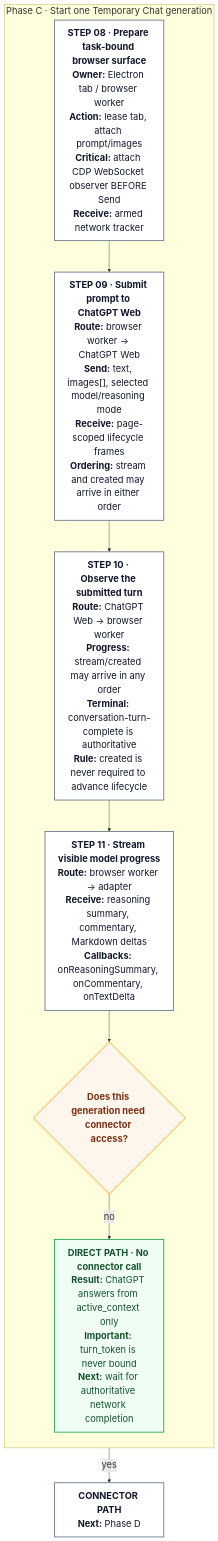
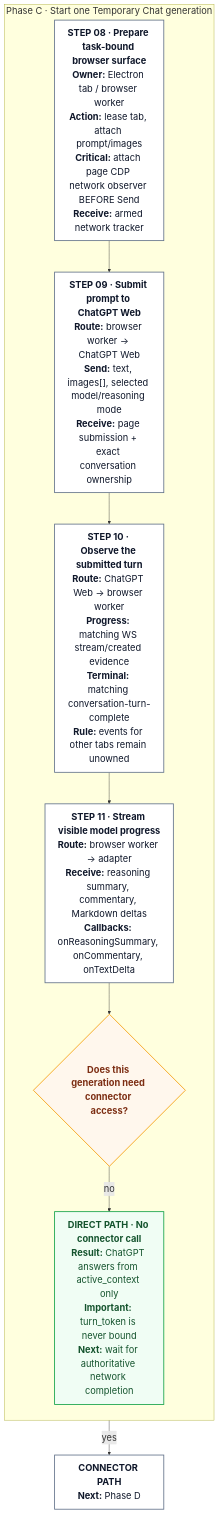
One commit to luongduy2798/lca-codex changed the third of 8 diagrams in docs/architecture.md. Above: the diagram before and after it, drawn with Mermaid. The commit also changed other lines of this file and 7 other files, not shown here.

````diff
--- a/docs/architecture.md
+++ b/docs/architecture.md
@@ -118,21 +120,21 @@
 ```mermaid
 %%{init: {"themeVariables": {"fontSize": "22px"}, "flowchart": {"htmlLabels": true, "useMaxWidth": false}}}%%
 flowchart TD
     classDef card fill:#ffffff,stroke:#64748b,stroke-width:2px,color:#0f172a,font-size:22px
     classDef decision fill:#fff7ed,stroke:#f59e0b,stroke-width:2px,color:#7c2d12,font-size:22px
     classDef success fill:#f0fdf4,stroke:#16a34a,stroke-width:2px,color:#14532d,font-size:22px
 
     subgraph PC["Phase C · Start one Temporary Chat generation"]
         direction TB
-        S08["<b>STEP 08 · Prepare task-bound browser surface</b><br/><b>Owner:</b> Electron tab / browser worker<br/><b>Action:</b> lease tab, attach prompt/images<br/><b>Critical:</b> attach CDP WebSocket observer BEFORE Send<br/><b>Receive:</b> armed network tracker"]:::card
-        S09["<b>STEP 09 · Submit prompt to ChatGPT Web</b><br/><b>Route:</b> browser worker → ChatGPT Web<br/><b>Send:</b> text, images[], selected model/reasoning mode<br/><b>Receive:</b> page-scoped lifecycle frames<br/><b>Ordering:</b> stream and created may arrive in either order"]:::card
-        S10["<b>STEP 10 · Observe the submitted turn</b><br/><b>Route:</b> ChatGPT Web → browser worker<br/><b>Progress:</b> stream/created may arrive in any order<br/><b>Terminal:</b> conversation-turn-complete is authoritative<br/><b>Rule:</b> created is never required to advance lifecycle"]:::card
+        S08["<b>STEP 08 · Prepare task-bound browser surface</b><br/><b>Owner:</b> Electron tab / browser worker<br/><b>Action:</b> lease tab, attach prompt/images<br/><b>Critical:</b> attach page CDP network observer BEFORE Send<br/><b>Receive:</b> armed network tracker"]:::card
+        S09["<b>STEP 09 · Submit prompt to ChatGPT Web</b><br/><b>Route:</b> browser worker → ChatGPT Web<br/><b>Send:</b> text, images[], selected model/reasoning mode<br/><b>Receive:</b> page submission + exact conversation ownership"]:::card
+        S10["<b>STEP 10 · Observe the submitted turn</b><br/><b>Route:</b> ChatGPT Web → browser worker<br/><b>Progress:</b> matching WS stream/created evidence<br/><b>Terminal:</b> matching conversation-turn-complete<br/><b>Rule:</b> events for other tabs remain unowned"]:::card
         S11["<b>STEP 11 · Stream visible model progress</b><br/><b>Route:</b> browser worker → adapter<br/><b>Receive:</b> reasoning summary, commentary, Markdown deltas<br/><b>Callbacks:</b> onReasoningSummary, onCommentary, onTextDelta"]:::card
         Q11{"<b>Does this generation need connector access?</b>"}:::decision
         D11["<b>DIRECT PATH · No connector call</b><br/><b>Result:</b> ChatGPT answers from active_context only<br/><b>Important:</b> turn_token is never bound<br/><b>Next:</b> wait for authoritative network completion"]:::success
     end
 
     S08 --> S09 --> S10 --> S11 --> Q11
     Q11 -- "no" --> D11
     Q11 -- "yes" --> C11["<b>CONNECTOR PATH</b><br/><b>Next:</b> Phase D"]:::card
 ```
````
